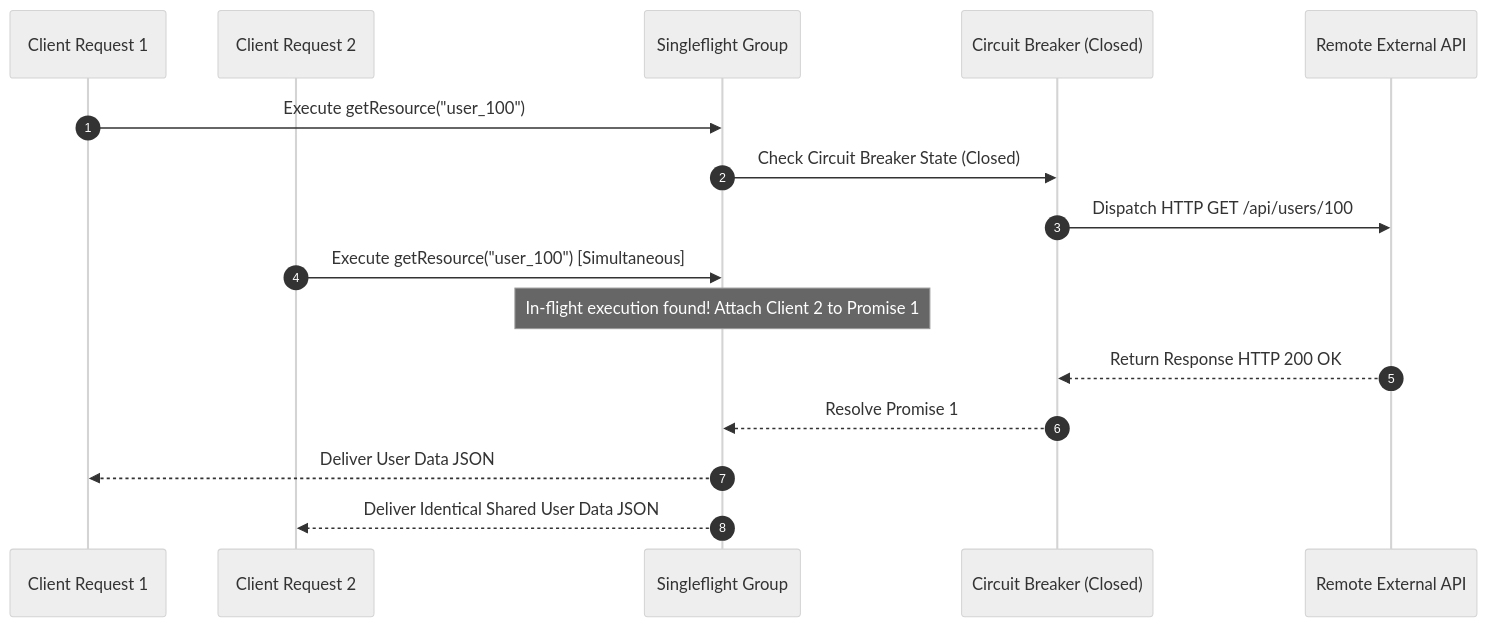
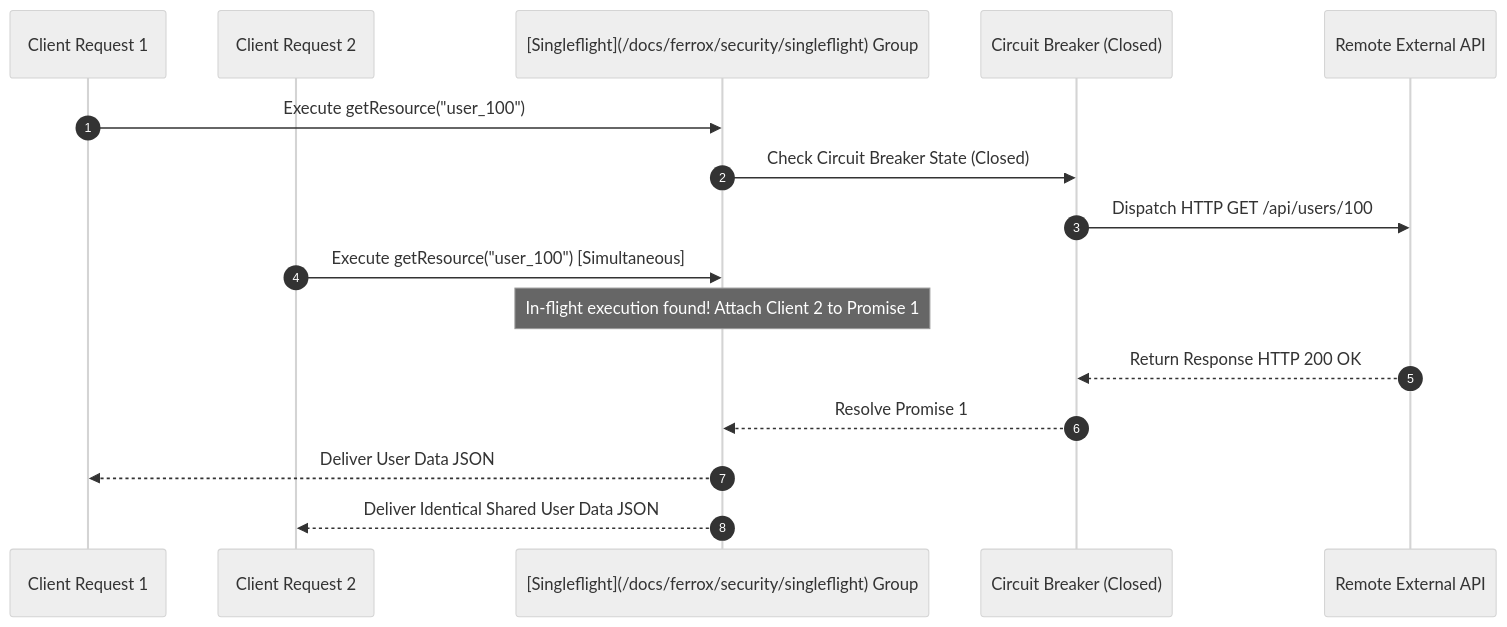
Before and after one commit to AI-Autistic-Intelligence/ferrox-docs: the diagram in docs/ferrox-node/security/resilience.md, drawn with Mermaid (neutral theme). The commit also changed other lines of this file and 121 other files, not shown here.

````diff
--- a/docs/ferrox-node/security/resilience.md
+++ b/docs/ferrox-node/security/resilience.md
@@ -50,19 +50,19 @@
 ```mermaid
 sequenceDiagram
     autonumber
     participant Client1 as Client Request 1
     participant Client2 as Client Request 2
-    participant Singleflight as Singleflight Group
+    participant [Singleflight](/docs/ferrox/security/singleflight) as [Singleflight](/docs/ferrox/security/singleflight) Group
     participant Breaker as Circuit Breaker (Closed)
     participant Downstream as Remote External API
 
-    Client1->>Singleflight: Execute getResource("user_100")
-    Singleflight->>Breaker: Check Circuit Breaker State (Closed)
+    Client1->>[Singleflight](/docs/ferrox/security/singleflight): Execute getResource("user_100")
+    [Singleflight](/docs/ferrox/security/singleflight)->>Breaker: Check Circuit Breaker State (Closed)
     Breaker->>Downstream: Dispatch HTTP GET /api/users/100
-    Client2->>Singleflight: Execute getResource("user_100") [Simultaneous]
-    Note over Singleflight: In-flight execution found! Attach Client 2 to Promise 1
+    Client2->>[Singleflight](/docs/ferrox/security/singleflight): Execute getResource("user_100") [Simultaneous]
+    Note over [Singleflight](/docs/ferrox/security/singleflight): In-flight execution found! Attach Client 2 to Promise 1
     Downstream-->>Breaker: Return Response HTTP 200 OK
-    Breaker-->>Singleflight: Resolve Promise 1
-    Singleflight-->>Client1: Deliver User Data JSON
-    Singleflight-->>Client2: Deliver Identical Shared User Data JSON
+    Breaker-->>[Singleflight](/docs/ferrox/security/singleflight): Resolve Promise 1
+    [Singleflight](/docs/ferrox/security/singleflight)-->>Client1: Deliver User Data JSON
+    [Singleflight](/docs/ferrox/security/singleflight)-->>Client2: Deliver Identical Shared User Data JSON
 ```
````
